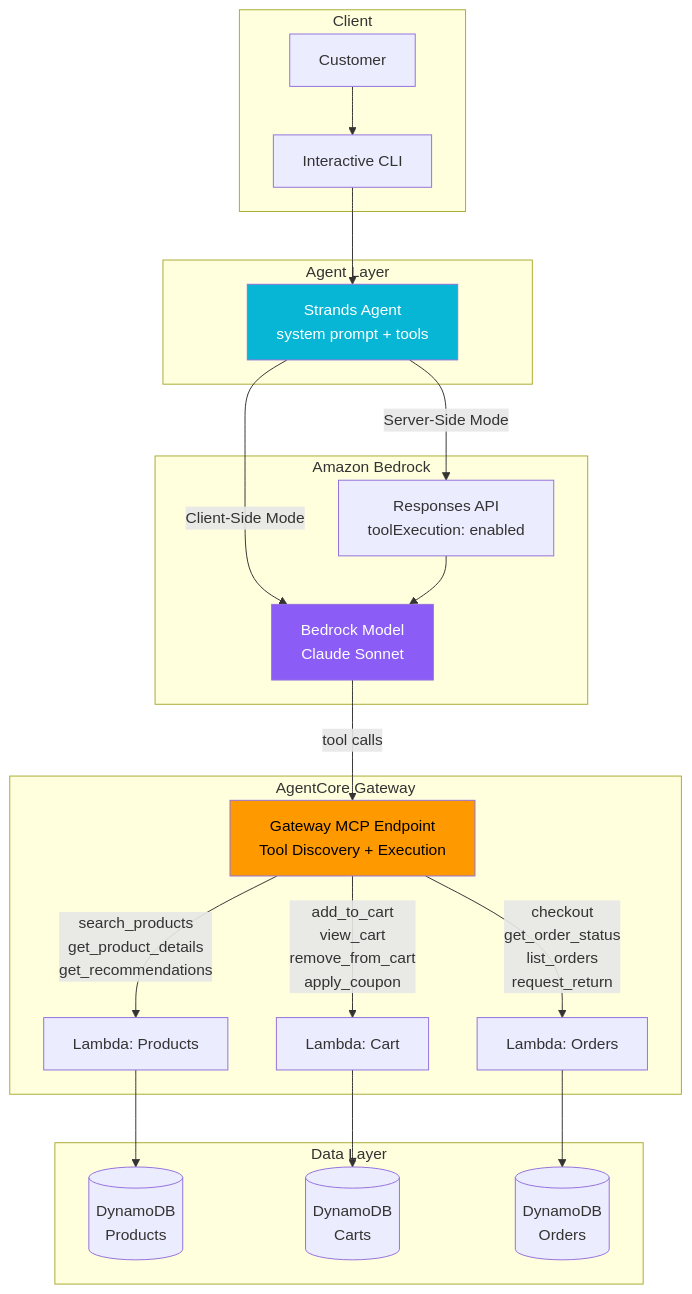
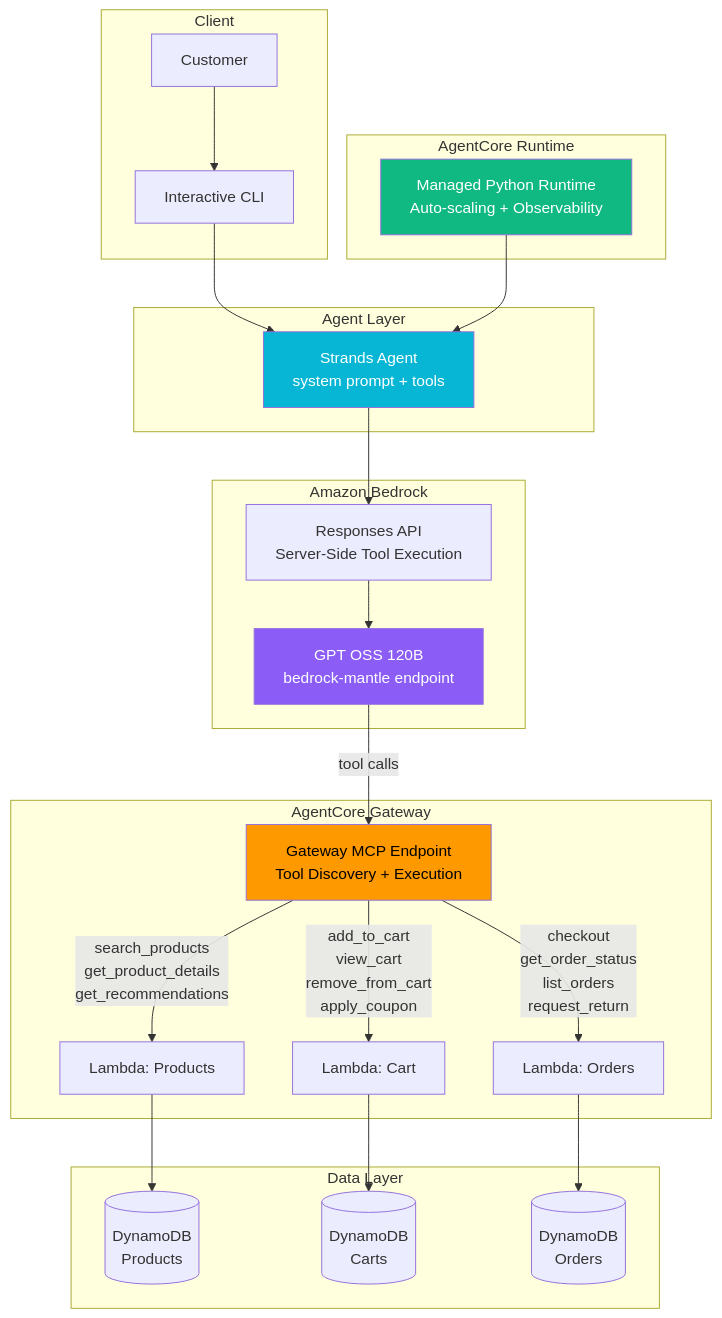
One commit to ddynwzh1992/sample-bedrock-server-side-tool changed the diagram in README.md. Above: the diagram before and after it, drawn with Mermaid. The commit also changed other lines of this file, not shown here.

First line of the commit message:
docs: simplify README — focus on server-side mode + production

````diff
--- a/README.md
+++ b/README.md
@@ -13,33 +13,37 @@
 ```mermaid
 graph TB
     subgraph "Client"
         U[Customer] --> CLI[Interactive CLI]
     end
 
     subgraph "Agent Layer"
         CLI --> SA[Strands Agent<br/>system prompt + tools]
     end
 
     subgraph "Amazon Bedrock"
-        SA --> |"Client-Side Mode"| BR[Bedrock Model<br/>Claude Sonnet]
-        SA --> |"Server-Side Mode"| RA[Responses API<br/>toolExecution: enabled]
-        RA --> BR
+        SA --> RA[Responses API<br/>Server-Side Tool Execution]
+        RA --> MODEL[GPT OSS 120B<br/>bedrock-mantle endpoint]
     end
 
     subgraph "AgentCore Gateway"
-        BR --> |tool calls| GW[Gateway MCP Endpoint<br/>Tool Discovery + Execution]
+        MODEL --> |tool calls| GW[Gateway MCP Endpoint<br/>Tool Discovery + Execution]
         GW --> |"search_products<br/>get_product_details<br/>get_recommendations"| LP[Lambda: Products]
         GW --> |"add_to_cart<br/>view_cart<br/>remove_from_cart<br/>apply_coupon"| LC[Lambda: Cart]
         GW --> |"checkout<br/>get_order_status<br/>list_orders<br/>request_return"| LO[Lambda: Orders]
     end
 
     subgraph "Data Layer"
         LP --> DB[(DynamoDB<br/>Products)]
         LC --> DB2[(DynamoDB<br/>Carts)]
         LO --> DB3[(DynamoDB<br/>Orders)]
     end
 
+    subgraph "AgentCore Runtime"
+        RT[Managed Python Runtime<br/>Auto-scaling + Observability] --> SA
+    end
+
     style GW fill:#ff9900,color:#000
-    style BR fill:#8b5cf6,color:#fff
+    style MODEL fill:#8b5cf6,color:#fff
     style SA fill:#06b6d4,color:#fff
+    style RT fill:#10b981,color:#fff
 ```
````
